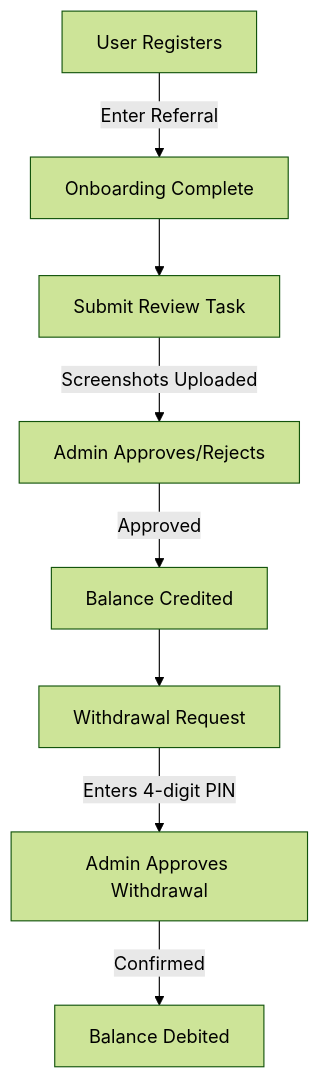
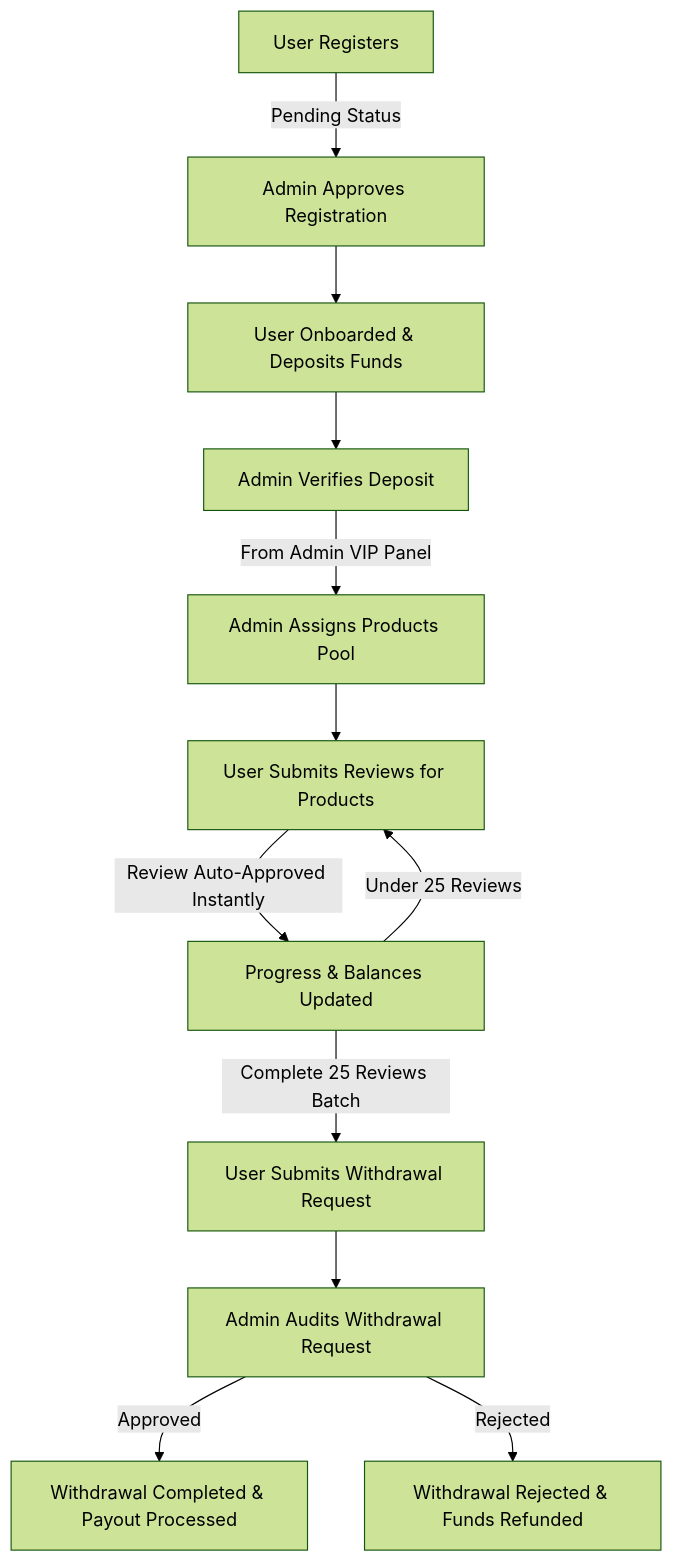
One commit to co-obalt/amazon-testing-app changed the diagram in README.md. Above: the diagram before and after it, drawn with Mermaid (forest theme). The commit also changed other lines of this file and 1 other file, not shown here.

````diff
--- a/README.md
+++ b/README.md
@@ -84,10 +84,14 @@
 ```mermaid
 graph TD
-    A[User Registers] -->|Enter Referral| B[Onboarding Complete]
-    B --> C[Submit Review Task]
-    C -->|Screenshots Uploaded| D[Admin Approves/Rejects]
-    D -->|Approved| E[Balance Credited]
-    E --> F[Withdrawal Request]
-    F -->|Enters 4-digit PIN| G[Admin Approves Withdrawal]
-    G -->|Confirmed| H[Balance Debited]
+    A[User Registers] -->|Pending Status| B[Admin Approves Registration]
+    B --> C[User Onboarded & Deposits Funds]
+    C --> D[Admin Verifies Deposit]
+    D -->|From Admin VIP Panel| E[Admin Assigns Products Pool]
+    E --> F[User Submits Reviews for Products]
+    F -->|Review Auto-Approved Instantly| G[Progress & Balances Updated]
+    G -->|Under 25 Reviews| F
+    G -->|Complete 25 Reviews Batch| H[User Submits Withdrawal Request]
+    H --> I[Admin Audits Withdrawal Request]
+    I -->|Approved| J[Withdrawal Completed & Payout Processed]
+    I -->|Rejected| K[Withdrawal Rejected & Funds Refunded]
 ```
````
